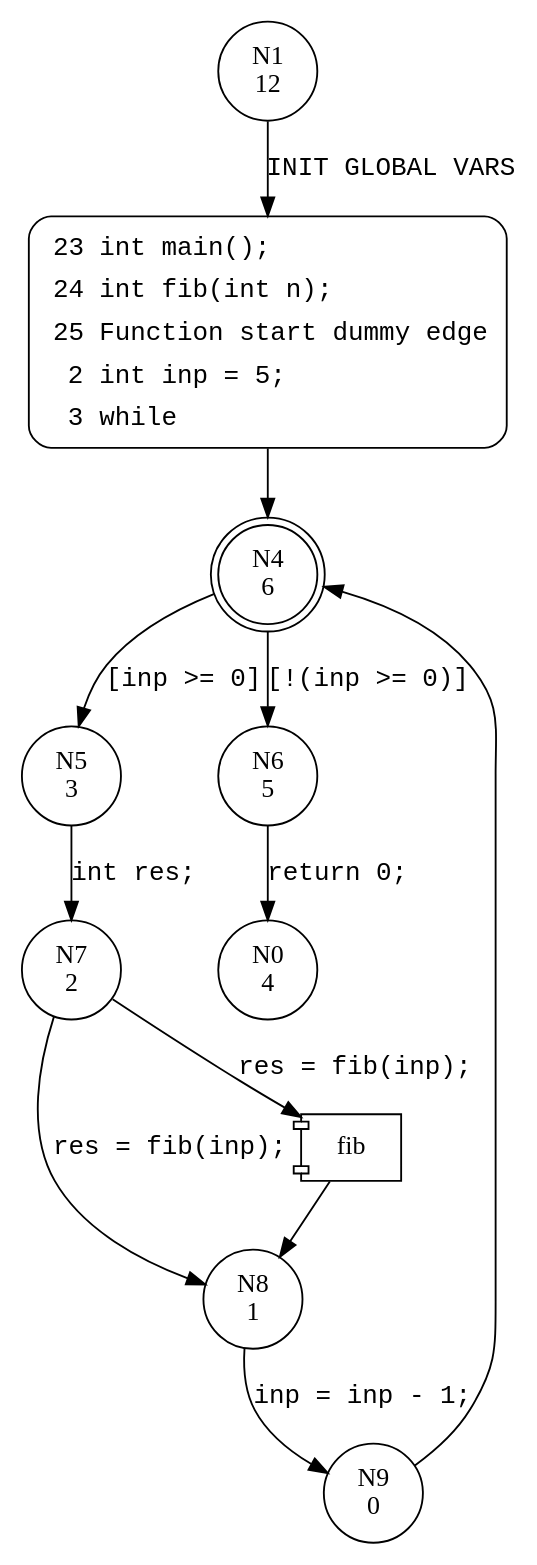
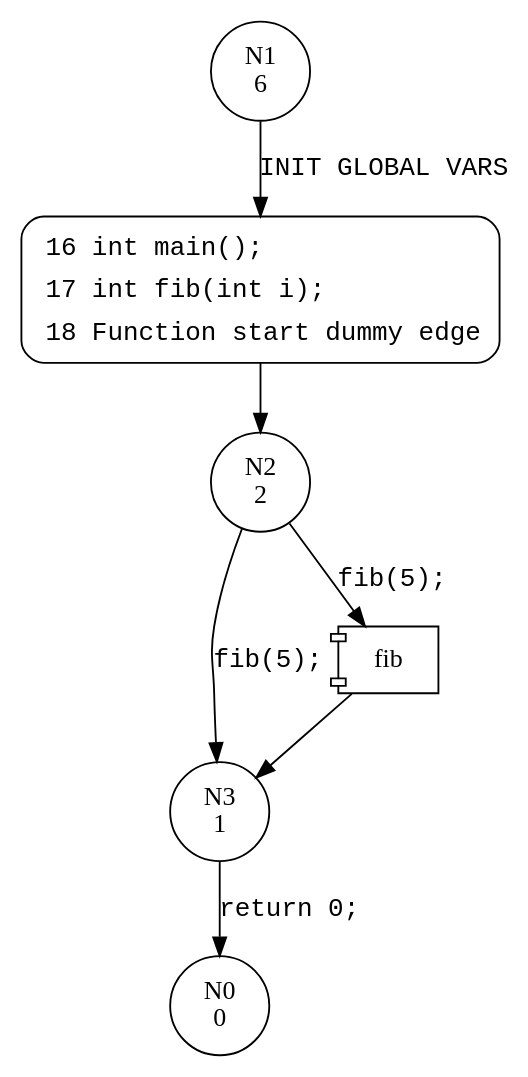
Before and after one commit to cedricrupb/NeuralAlgorithmSelection: the diagram in serving/output/cfa__main.dot, drawn with Graphviz. The commit also changed 17 other files, not shown here.

```diff
--- a/serving/output/cfa__main.dot
+++ b/serving/output/cfa__main.dot
@@ -1,24 +1,15 @@
 digraph main {
-1 [shape="circle" label="N1\n12"]
-23 [shape="circle" label="N23\n11"]
-4 [shape="doublecircle" label="N4\n6"]
-5 [shape="circle" label="N5\n3"]
-6 [shape="circle" label="N6\n5"]
-7 [shape="circle" label="N7\n2"]
-8 [shape="circle" label="N8\n1"]
-9 [shape="circle" label="N9\n0"]
-0 [shape="circle" label="N0\n4"]
-23 [style="filled,bold" penwidth="1" fillcolor="white" fontname="Courier New" shape="Mrecord" label=<<table border="0" cellborder="0" cellpadding="3" bgcolor="white"><tr><td align="right">23</td><td align="left">int main();</td></tr><tr><td align="right">24</td><td align="left">int fib(int n);</td></tr><tr><td align="right">25</td><td align="left">Function start dummy edge</td></tr><tr><td align="right">2</td><td align="left">int inp = 5;</td></tr><tr><td align="right">3</td><td align="left">while</td></tr></table>>]
-23 -> 4[label=""]
-1 -> 23 [label="INIT GLOBAL VARS" fontname="Courier New"]
-4 -> 5 [label="[inp >= 0]" fontname="Courier New"]
-4 -> 6 [label="[!(inp >= 0)]" fontname="Courier New"]
-5 -> 7 [label="int res;" fontname="Courier New"]
+1 [shape="circle" label="N1\n6"]
+16 [shape="circle" label="N16\n5"]
+2 [shape="circle" label="N2\n2"]
+3 [shape="circle" label="N3\n1"]
+0 [shape="circle" label="N0\n0"]
+16 [style="filled,bold" penwidth="1" fillcolor="white" fontname="Courier New" shape="Mrecord" label=<<table border="0" cellborder="0" cellpadding="3" bgcolor="white"><tr><td align="right">16</td><td align="left">int main();</td></tr><tr><td align="right">17</td><td align="left">int fib(int i);</td></tr><tr><td align="right">18</td><td align="left">Function start dummy edge</td></tr></table>>]
+16 -> 2[label=""]
+1 -> 16 [label="INIT GLOBAL VARS" fontname="Courier New"]
 100001 [shape="component" label="fib"]
-7 -> 100001 [label="res = fib(inp);" fontname="Courier New"]
-100001 -> 8 [label="" fontname="Courier New"]
-7 -> 8 [label="res = fib(inp);" fontname="Courier New"]
-8 -> 9 [label="inp = inp - 1;" fontname="Courier New"]
-6 -> 0 [label="return 0;" fontname="Courier New"]
-9 -> 4 [label="" fontname="Courier New"]
+2 -> 100001 [label="fib(5);" fontname="Courier New"]
+100001 -> 3 [label="" fontname="Courier New"]
+2 -> 3 [label="fib(5);" fontname="Courier New"]
+3 -> 0 [label="return 0;" fontname="Courier New"]
 }
```
